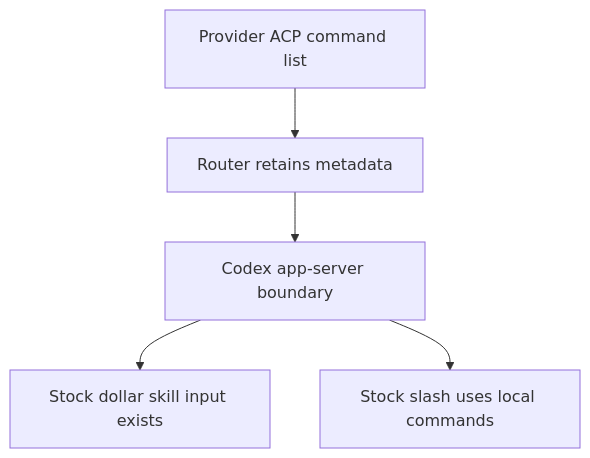
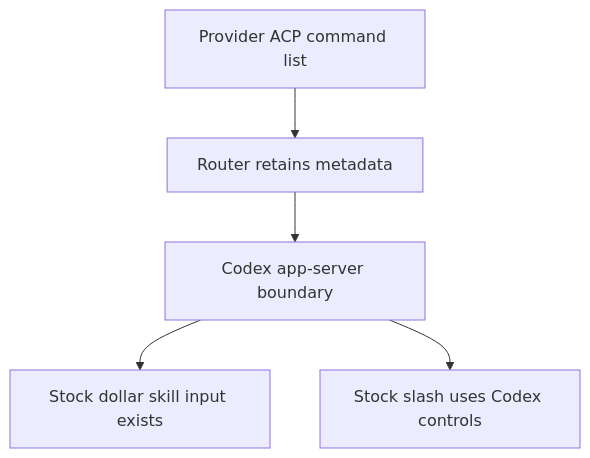
One commit to agent-collaboration/agent-collaboration changed the first of 6 diagrams in docs/specs/2026-10-26-acp-provider-menus/program-design/overview.md. Above: the diagram before and after it, drawn with Mermaid. The commit also changed other lines of this file and 1 other file, not shown here.

Commit message:
Clarify stock slash-menu service-tier boundary

````diff
--- a/docs/specs/2026-10-26-acp-provider-menus/program-design/overview.md
+++ b/docs/specs/2026-10-26-acp-provider-menus/program-design/overview.md
@@ -9,7 +9,7 @@
 ```mermaid
 flowchart TD
   P[Provider ACP command list] --> R[Router retains metadata]
   R --> A[Codex app-server boundary]
   A --> D[Stock dollar skill input exists]
-  A --> S[Stock slash uses local commands]
+  A --> S[Stock slash uses Codex controls]
 ```
````
